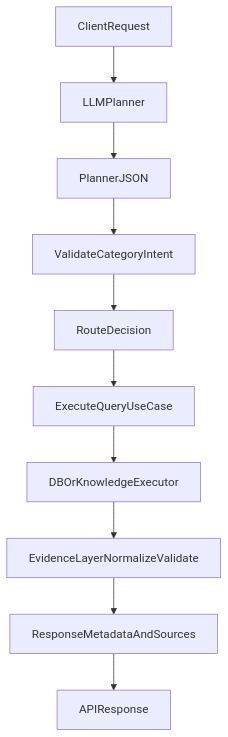
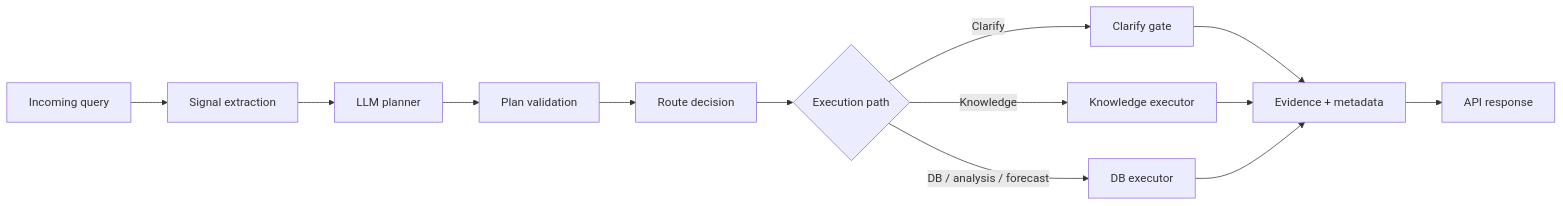
The first of 2 diagrams in docs/router_architecture.md (SMART-NYUAD/ieq-copilot-api), drawn with Mermaid before and after one commit. The commit also changed other lines of this file and 1 other file, not shown here.

Commit message:
Changing graphs for documentation purposes

````diff
--- a/docs/router_architecture.md
+++ b/docs/router_architecture.md
@@ -49,12 +49,18 @@
 ```mermaid
-flowchart TD
-  clientReq[ClientRequest] --> planner[LLMPlanner]
-  planner --> plannerJson[PlannerJSON]
-  plannerJson --> validate[ValidateCategoryIntent]
-  validate --> routeDecision[RouteDecision]
-  routeDecision --> execute[ExecuteQueryUseCase]
-  execute --> executor[DBOrKnowledgeExecutor]
-  executor --> evidenceLayer[EvidenceLayerNormalizeValidate]
-  evidenceLayer --> responseMeta[ResponseMetadataAndSources]
-  responseMeta --> apiResp[APIResponse]
+flowchart LR
+    Q[Incoming query] --> S[Signal extraction]
+    S --> P[LLM planner]
+    P --> V[Plan validation]
+    V --> D[Route decision]
+
+    D --> C{Execution path}
+    C -->|Clarify| G[Clarify gate]
+    C -->|Knowledge| K[Knowledge executor]
+    C -->|DB / analysis / forecast| B[DB executor]
+
+    G --> E[Evidence + metadata]
+    K --> E
+    B --> E
+
+    E --> R[API response]
 ```
````
